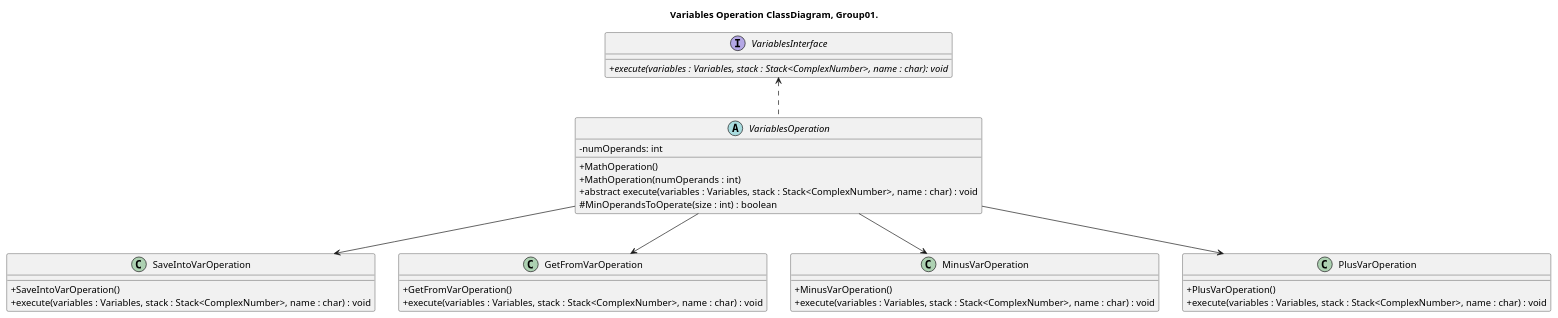
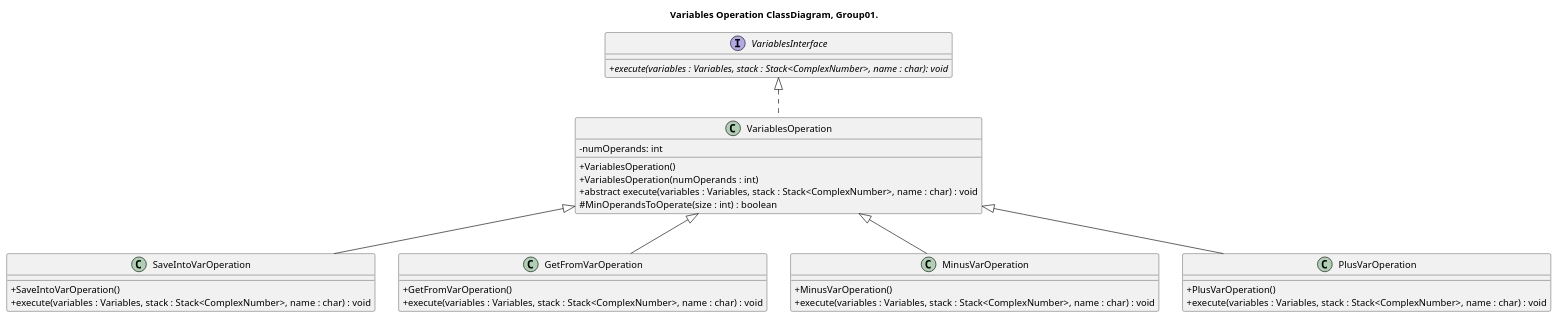
One commit to CiroCutolo/Scientific_Calculator_group01_2023 changed the diagram in VariablesOperation_ClassDiagram_group01.puml. Above: the diagram before and after it, drawn with PlantUML. The commit also changed 3 other files, not shown here.

```diff
--- a/VariablesOperation_ClassDiagram_group01.puml
+++ b/VariablesOperation_ClassDiagram_group01.puml
@@ -1,46 +1,46 @@
 @startuml ClassDiagram_group01
 
 
 title Variables Operation ClassDiagram, Group01.
 
 skinparam ClassAttributeIconSize 0
 
 interface VariablesInterface{
 	+ {abstract} execute(variables : Variables, stack : Stack<ComplexNumber>, name : char): void
 }
 
 abstract class VariablesOperation{
 	- numOperands: int
-	+ MathOperation()	
-	+ MathOperation(numOperands : int)
+	+ VariablesOperation()	
+	+ VariablesOperation(numOperands : int)
 	+ abstract execute(variables : Variables, stack : Stack<ComplexNumber>, name : char) : void
 	# MinOperandsToOperate(size : int) : boolean
 }
 
 class SaveIntoVarOperation{
         + SaveIntoVarOperation()
         + execute(variables : Variables, stack : Stack<ComplexNumber>, name : char) : void
 }
 
 class GetFromVarOperation{
         + GetFromVarOperation()
         + execute(variables : Variables, stack : Stack<ComplexNumber>, name : char) : void
 }
 
 class MinusVarOperation{
         + MinusVarOperation()
         + execute(variables : Variables, stack : Stack<ComplexNumber>, name : char) : void
 }
 
 class PlusVarOperation{
         + PlusVarOperation()
         + execute(variables : Variables, stack : Stack<ComplexNumber>, name : char) : void
 }
 
-VariablesInterface <.down. VariablesOperation
-VariablesOperation --> SaveIntoVarOperation
-VariablesOperation --> GetFromVarOperation
-VariablesOperation --> MinusVarOperation
-VariablesOperation --> PlusVarOperation
+class VariablesOperation implements VariablesInterface 
+class SaveIntoVarOperation extends VariablesOperation
+class GetFromVarOperation extends VariablesOperation
+class MinusVarOperation extends VariablesOperation
+class PlusVarOperation extends VariablesOperation
 
 @enduml
```
